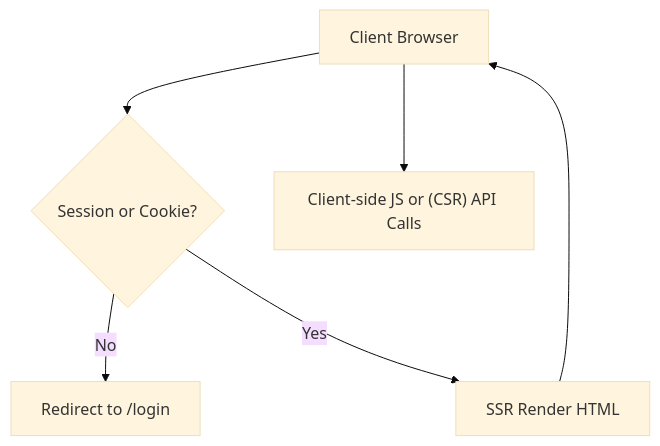
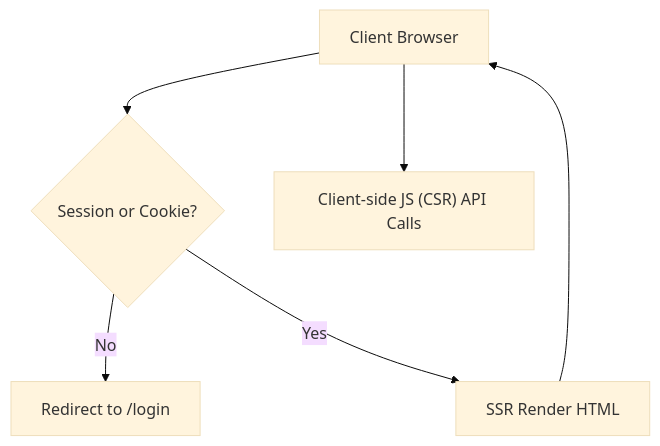
One commit to ppark-jjong/TWLKRTMS-releaseRepository changed the first of 2 diagrams in README.md. Above: the diagram before and after it, drawn with Mermaid (base theme). The commit also changed other lines of this file, not shown here.

````diff
--- a/README.md
+++ b/README.md
@@ -28,8 +26,8 @@
 ```mermaid
 flowchart TD
-    A[Client Browser] --> B{Session or Cookie?}
-    B -- No --> C[Redirect to /login]
-    B -- Yes --> D[SSR Render HTML]
+    A["Client Browser"] --> B{Session or Cookie?}
+    B -- "No"  --> C["Redirect to /login"]
+    B -- "Yes" --> D["SSR Render HTML"]
     D --> A
-    A --> E["Client-side JS or (CSR) API Calls"]
+    A --> E["Client‑side JS (CSR) API Calls"]
 ```
````
